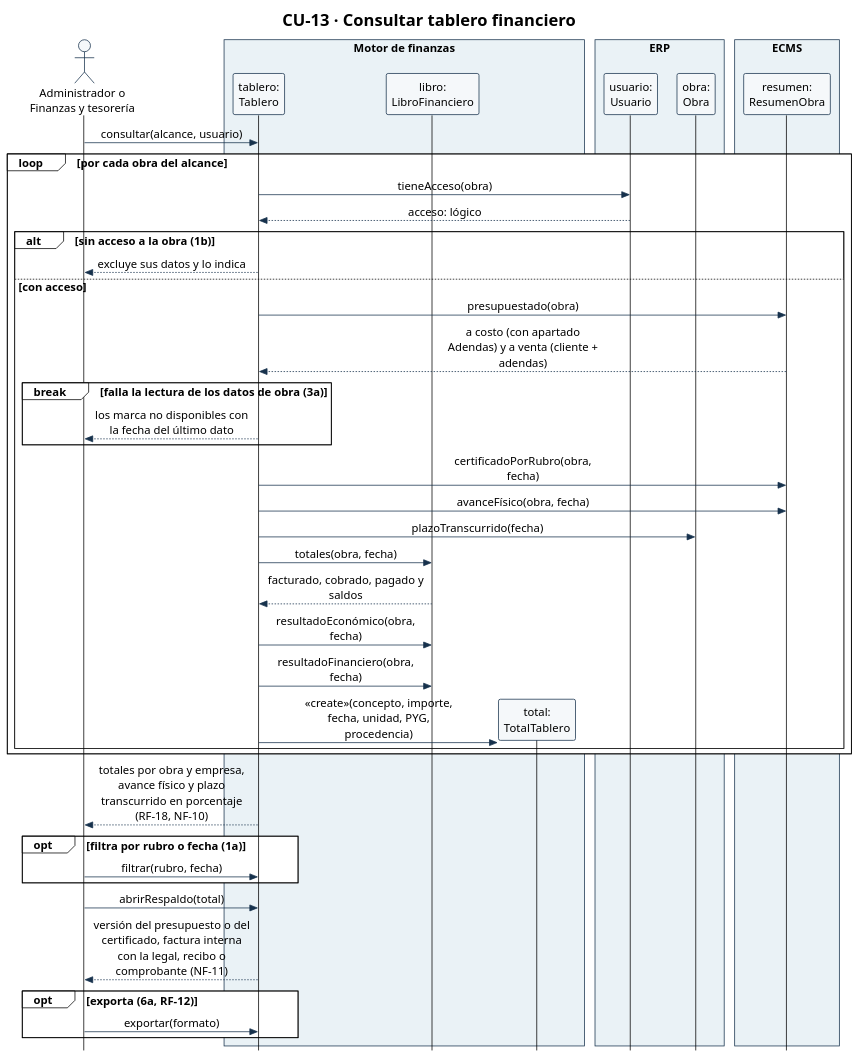
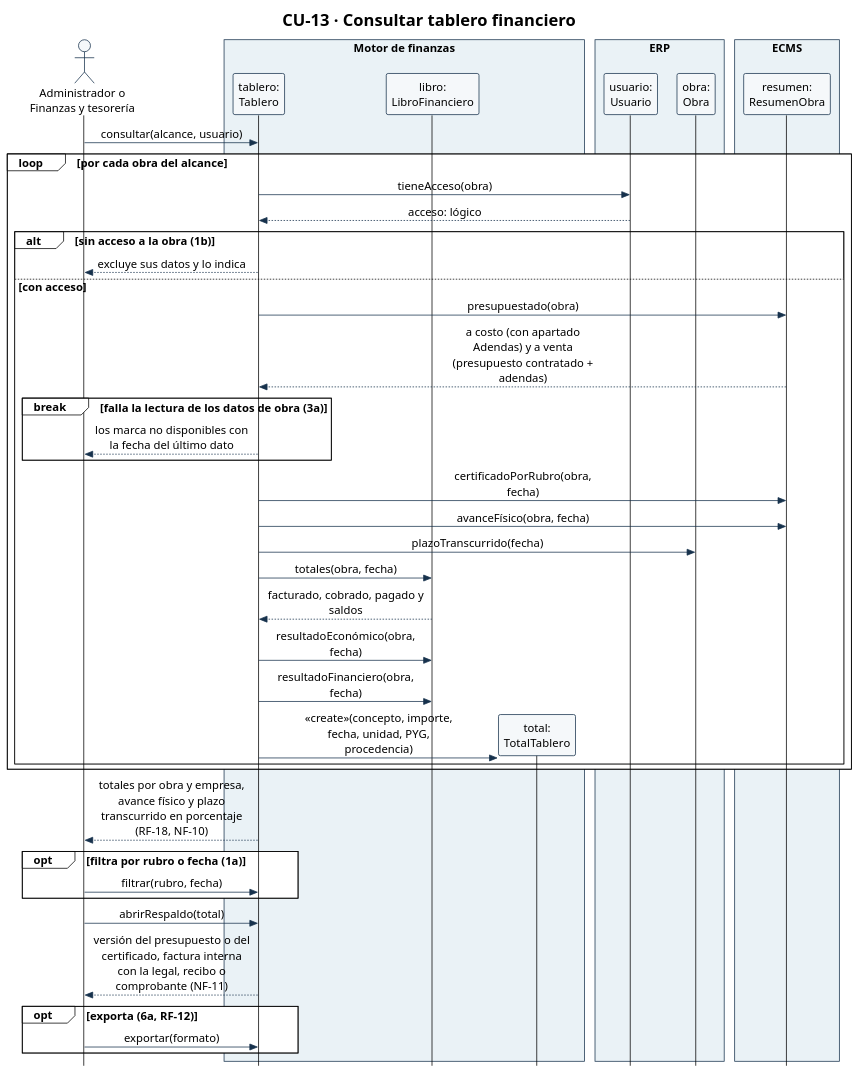
One commit to Ssrrb/tpf-uca changed the diagram in diagramas/CU-13-secuencia.puml. Above: the diagram before and after it, drawn with PlantUML. The commit also changed 5 other files, not shown here.

```diff
--- a/diagramas/CU-13-secuencia.puml
+++ b/diagramas/CU-13-secuencia.puml
@@ -1,69 +1,69 @@
 @startuml
 !theme plain
 skinparam style strictuml
 skinparam shadowing false
 skinparam defaultFontName Arial
 skinparam defaultFontSize 15
 skinparam sequenceMessageAlign center
 skinparam maxMessageSize 220
 skinparam ParticipantPadding 8
 skinparam BoxPadding 6
 skinparam ParticipantBackgroundColor #F5F8FA
 skinparam ParticipantBorderColor #17324D
 skinparam ActorBorderColor #17324D
 skinparam ActorBackgroundColor #F5F8FA
 skinparam ArrowColor #17324D
 skinparam SequenceBoxBorderColor #17324D
 skinparam note {
   BackgroundColor #FFFFFF
   BorderColor #17324D
 }
 hide footbox
 title CU-13 · Consultar tablero financiero
 actor "Administrador o\nFinanzas y tesorería" as Adm
 box "Motor de finanzas" #EAF2F6
 participant "tablero:\nTablero" as Tab
 participant "libro:\nLibroFinanciero" as Lib
 participant "total:\nTotalTablero" as Tot
 end box
 box "ERP" #EAF2F6
 participant "usuario:\nUsuario" as Usr
 participant "obra:\nObra" as Obra
 end box
 box "ECMS" #EAF2F6
 participant "resumen:\nResumenObra" as Res
 end box
 
 Adm -> Tab: consultar(alcance, usuario)
 loop por cada obra del alcance
   Tab -> Usr: tieneAcceso(obra)
   Usr --> Tab: acceso: lógico
   alt sin acceso a la obra (1b)
     Tab --> Adm: excluye sus datos y lo indica
   else con acceso
   Tab -> Res: presupuestado(obra)
-  Res --> Tab: a costo (con apartado Adendas) y a venta (cliente + adendas)
+  Res --> Tab: a costo (con apartado Adendas) y a venta (presupuesto contratado + adendas)
   break falla la lectura de los datos de obra (3a)
     Tab --> Adm: los marca no disponibles con la fecha del último dato
   end
   Tab -> Res: certificadoPorRubro(obra, fecha)
   Tab -> Res: avanceFísico(obra, fecha)
   Tab -> Obra: plazoTranscurrido(fecha)
   Tab -> Lib: totales(obra, fecha)
   Lib --> Tab: facturado, cobrado, pagado y saldos
   Tab -> Lib: resultadoEconómico(obra, fecha)
   Tab -> Lib: resultadoFinanciero(obra, fecha)
   create Tot
   Tab -> Tot: «create»(concepto, importe, fecha, unidad, PYG, procedencia)
   end
 end
 Tab --> Adm: totales por obra y empresa, avance físico y plazo\ntranscurrido en porcentaje (RF-18, NF-10)
 opt filtra por rubro o fecha (1a)
   Adm -> Tab: filtrar(rubro, fecha)
 end
 Adm -> Tab: abrirRespaldo(total)
 Tab --> Adm: versión del presupuesto o del certificado, factura interna\ncon la legal, recibo o comprobante (NF-11)
 opt exporta (6a, RF-12)
   Adm -> Tab: exportar(formato)
 end
 @enduml
```
